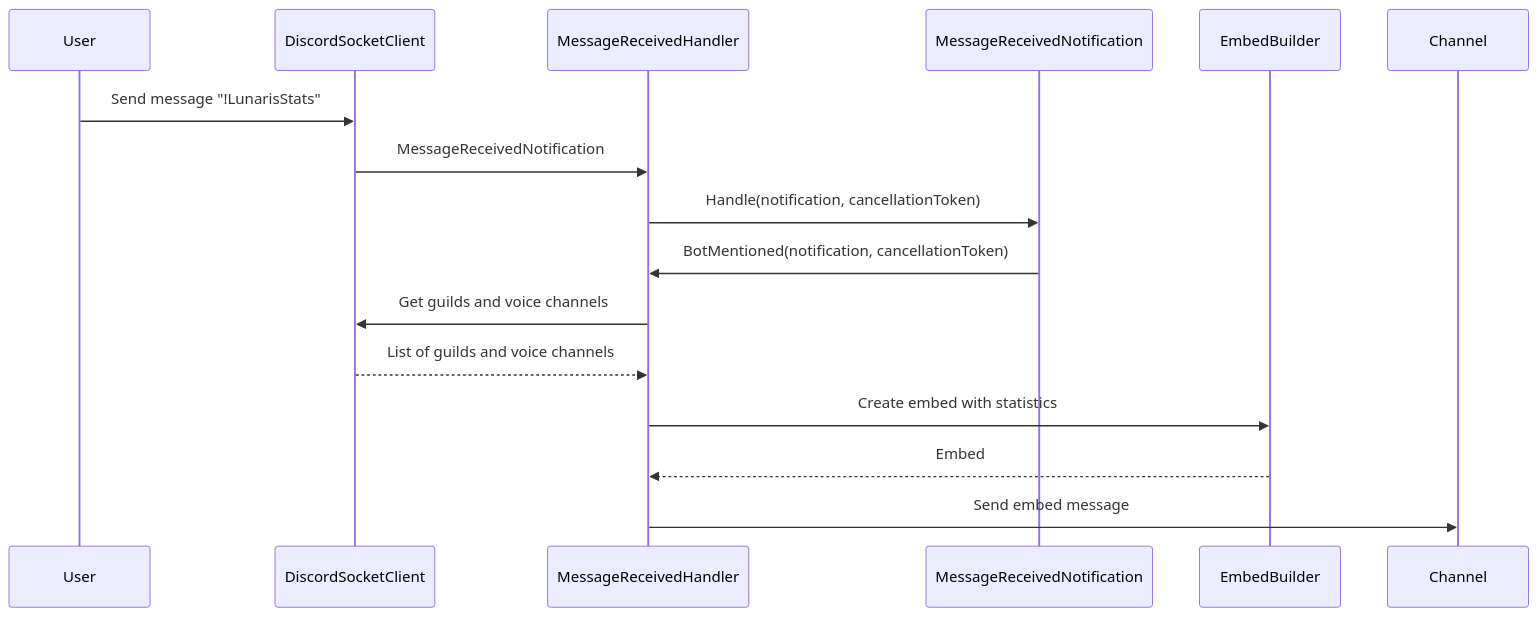
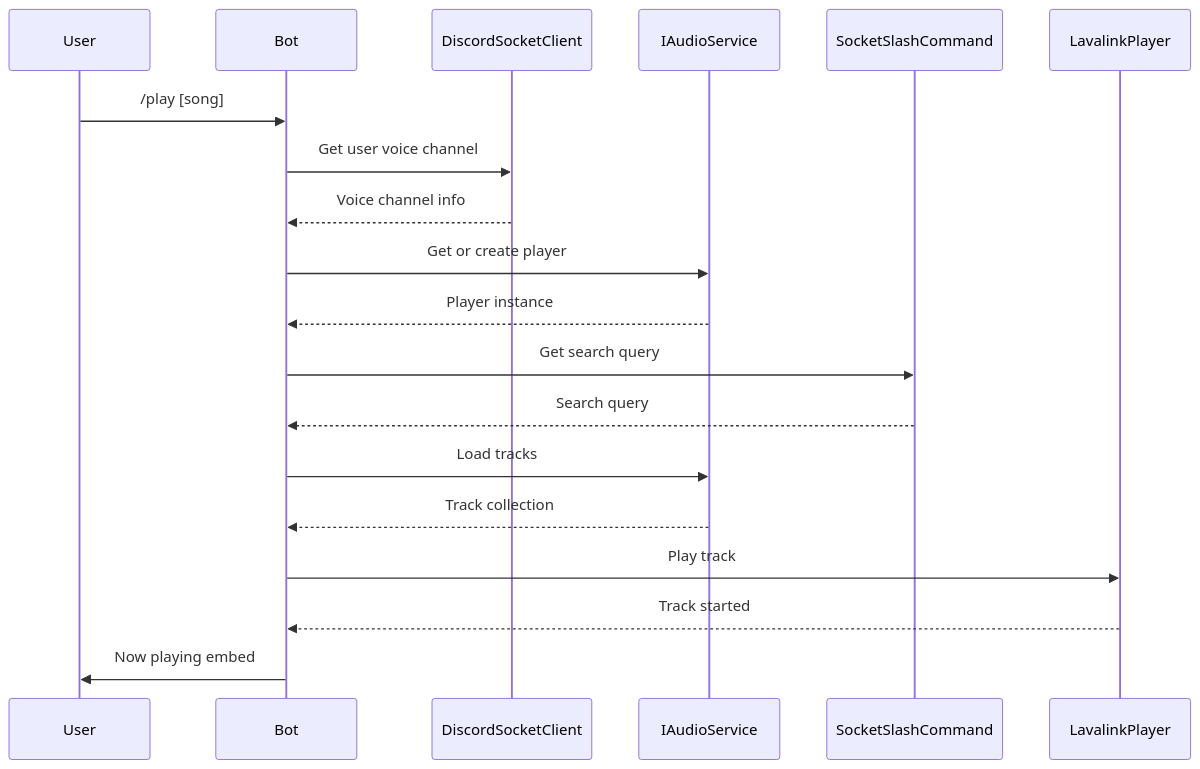
The second of 2 diagrams in Bot/Handler/MusicPlayer/PlayCommand/readme.md (Myxelium/Lunaris2.0), drawn with Mermaid before and after one commit.

````diff
--- a/Bot/Handler/MusicPlayer/PlayCommand/readme.md
+++ b/Bot/Handler/MusicPlayer/PlayCommand/readme.md
@@ -11,19 +11,22 @@
 ```mermaid
 sequenceDiagram
-    participant User as User
-    participant DiscordSocketClient as DiscordSocketClient
-    participant MessageReceivedHandler as MessageReceivedHandler
-    participant MessageReceivedNotification as MessageReceivedNotification
-    participant EmbedBuilder as EmbedBuilder
-    participant Channel as Channel
+    participant User
+    participant Bot
+    participant DiscordSocketClient
+    participant IAudioService
+    participant SocketSlashCommand
+    participant LavalinkPlayer
 
-    User->>DiscordSocketClient: Send message "!LunarisStats"
-    DiscordSocketClient->>MessageReceivedHandler: MessageReceivedNotification
-    MessageReceivedHandler->>MessageReceivedNotification: Handle(notification, cancellationToken)
-    MessageReceivedNotification->>MessageReceivedHandler: BotMentioned(notification, cancellationToken)
-    MessageReceivedHandler->>DiscordSocketClient: Get guilds and voice channels
-    DiscordSocketClient-->>MessageReceivedHandler: List of guilds and voice channels
-    MessageReceivedHandler->>EmbedBuilder: Create embed with statistics
-    EmbedBuilder-->>MessageReceivedHandler: Embed
-    MessageReceivedHandler->>Channel: Send embed message
+    User->>Bot: /play [song]
+    Bot->>DiscordSocketClient: Get user voice channel
+    DiscordSocketClient-->>Bot: Voice channel info
+    Bot->>IAudioService: Get or create player
+    IAudioService-->>Bot: Player instance
+    Bot->>SocketSlashCommand: Get search query
+    SocketSlashCommand-->>Bot: Search query
+    Bot->>IAudioService: Load tracks
+    IAudioService-->>Bot: Track collection
+    Bot->>LavalinkPlayer: Play track
+    LavalinkPlayer-->>Bot: Track started
+    Bot->>User: Now playing embed
 ```
````
